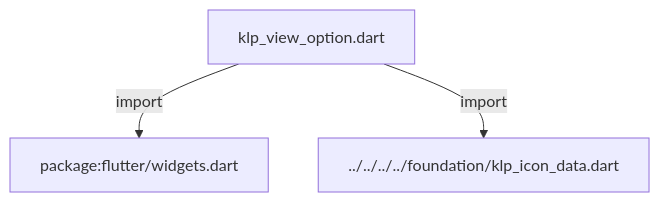
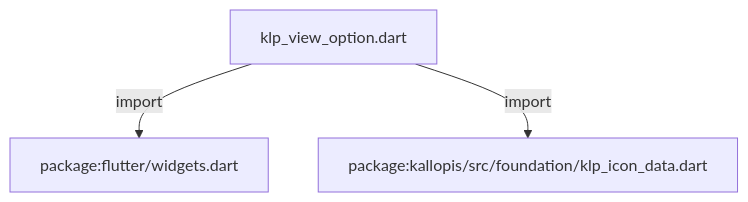
Before and after one commit to MiuDog/Kallopis: the first of 2 diagrams in docs/architecture/src/features/navigation/widgets/controls/klp_view_option.md, drawn with Mermaid. The commit also changed other lines of this file and 9688 other files, not shown here.

Commit message:
Prepare isolated Flow F2 peer baseline

````diff
--- a/docs/architecture/src/features/navigation/widgets/controls/klp_view_option.md
+++ b/docs/architecture/src/features/navigation/widgets/controls/klp_view_option.md
@@ -11,8 +11,8 @@
 ```mermaid
 flowchart TD
 	n0["klp_view_option.dart"]
 	n1["package:flutter/widgets.dart"]
-	n2["../../../../foundation/klp_icon_data.dart"]
+	n2["package:kallopis/src/foundation/klp_icon_data.dart"]
 	n0 -->|"import"| n1
 	n0 -->|"import"| n2
 ```
````
